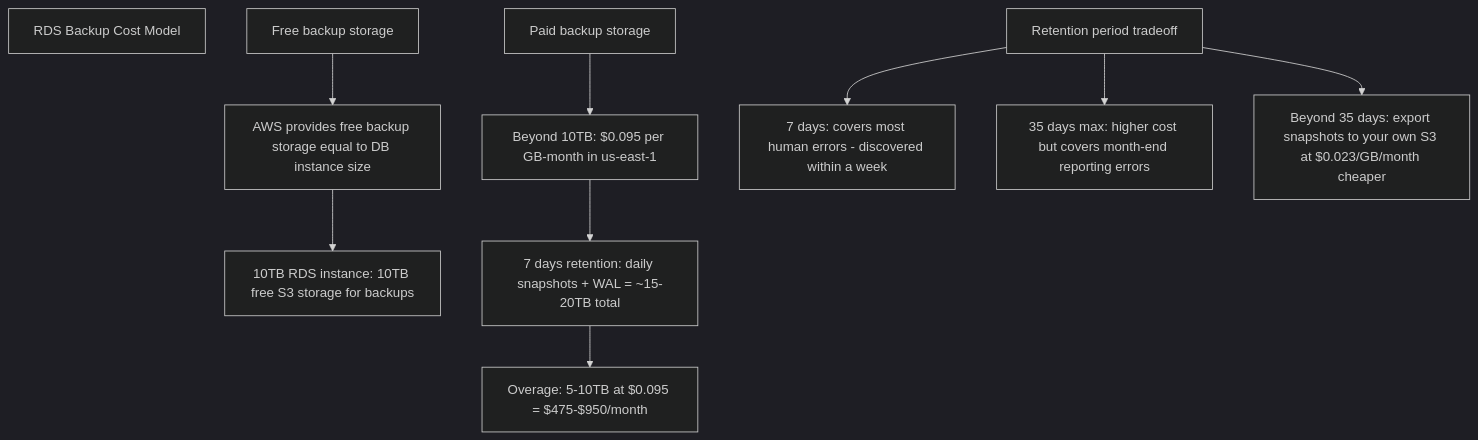
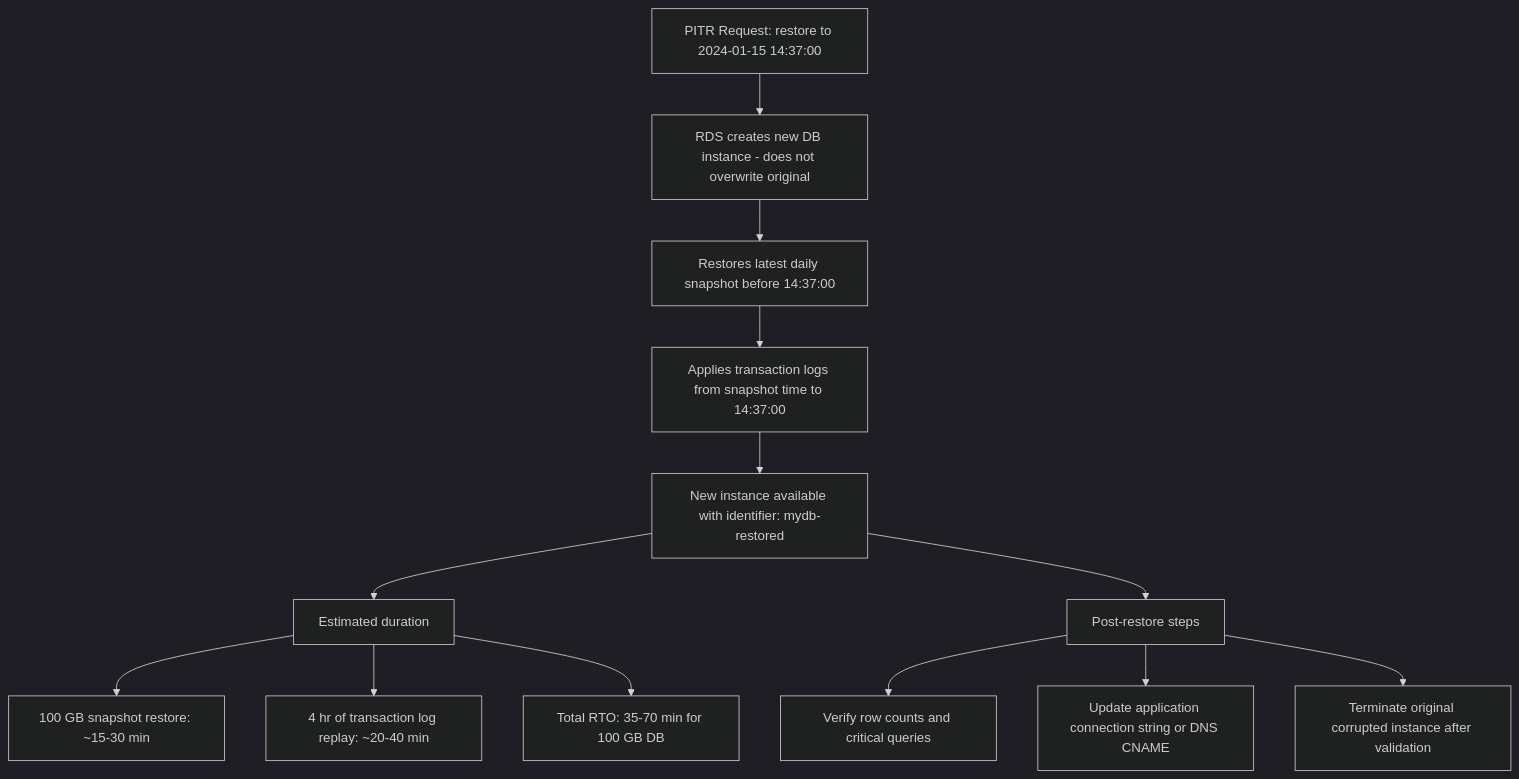
Before and after one commit to gauravprwl14/system-design-course: diagram 11 of 11 in docs-site/content/12-interview-prep/question-bank/databases/database-backup-recovery.md, drawn with Mermaid (dark theme). The commit also changed other lines of this file and 3 other files, not shown here.

````diff
--- a/docs-site/content/12-interview-prep/question-bank/databases/database-backup-recovery.md
+++ b/docs-site/content/12-interview-prep/question-bank/databases/database-backup-recovery.md
@@ -520,18 +457,19 @@
 ```mermaid
 graph TD
-  A[RDS Backup Cost Model]
+  A[PITR Request: restore to 2024-01-15 14:37:00]
 
-  B[Free backup storage]
-  B --> C[AWS provides free backup storage equal to DB instance size]
-  C --> D[10TB RDS instance: 10TB free S3 storage for backups]
+  A --> B[RDS creates new DB instance - does not overwrite original]
+  B --> C[Restores latest daily snapshot before 14:37:00]
+  C --> D[Applies transaction logs from snapshot time to 14:37:00]
+  D --> E[New instance available with identifier: mydb-restored]
 
-  E[Paid backup storage]
-  E --> F[Beyond 10TB: $0.095 per GB-month in us-east-1]
-  F --> G[7 days retention: daily snapshots + WAL = ~15-20TB total]
-  G --> H[Overage: 5-10TB at $0.095 = $475-$950/month]
+  E --> F[Estimated duration]
+  F --> F1[100 GB snapshot restore: ~15-30 min]
+  F --> F2[4 hr of transaction log replay: ~20-40 min]
+  F --> F3[Total RTO: 35-70 min for 100 GB DB]
 
-  I[Retention period tradeoff]
-  I --> J[7 days: covers most human errors - discovered within a week]
-  I --> K[35 days max: higher cost but covers month-end reporting errors]
-  I --> L[Beyond 35 days: export snapshots to your own S3 at $0.023/GB/month cheaper]
+  E --> G[Post-restore steps]
+  G --> G1[Verify row counts and critical queries]
+  G --> G2[Update application connection string or DNS CNAME]
+  G --> G3[Terminate original corrupted instance after validation]
 ```
````
